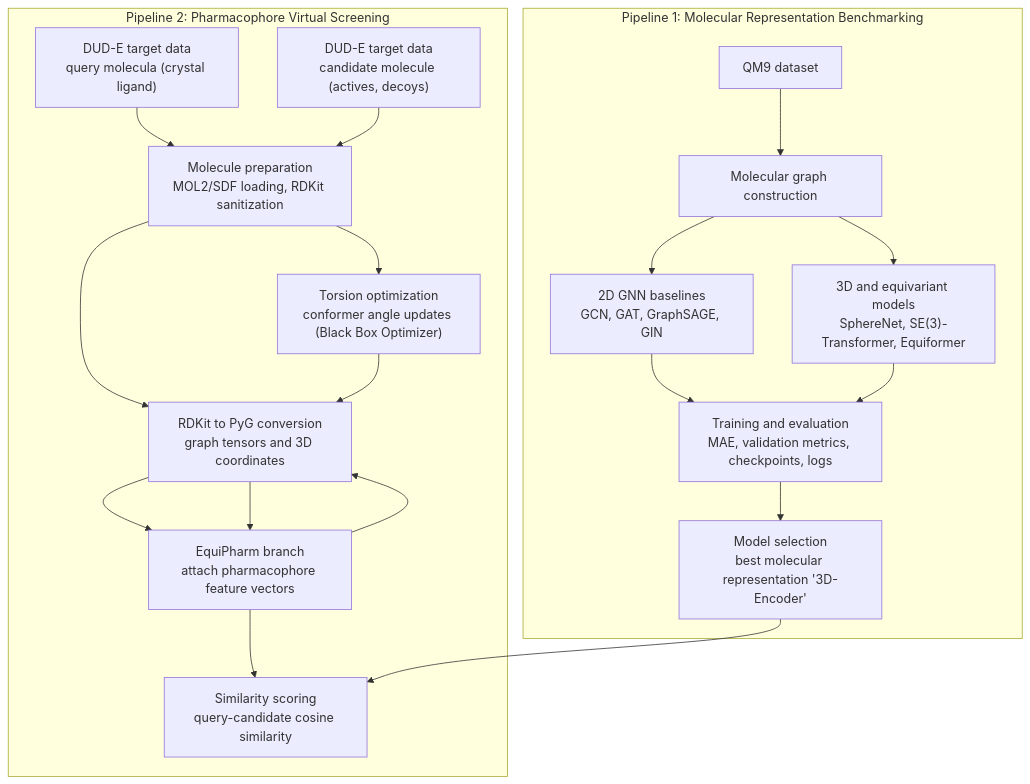
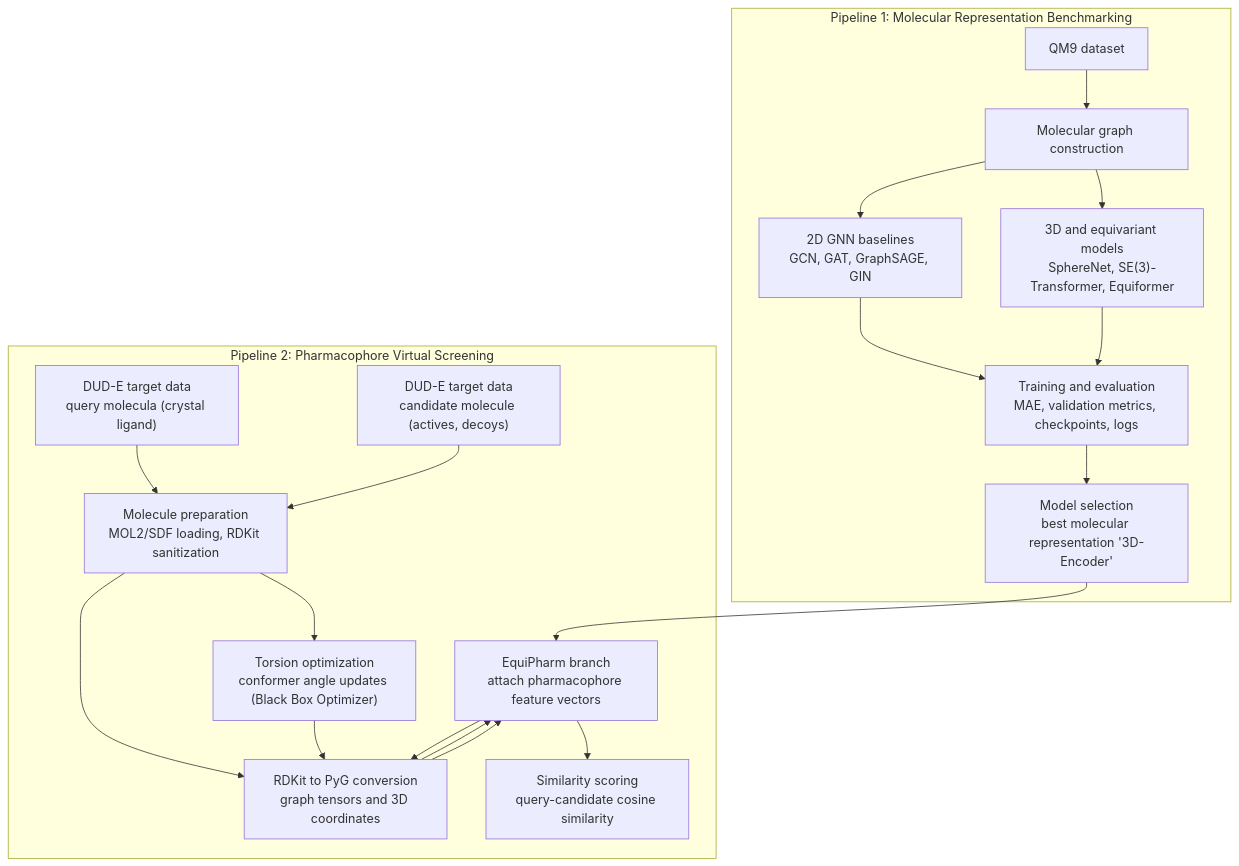
The diagram in README.md (ismail7CAa/EquiPharm), drawn with Mermaid before and after one commit.

Commit message:
README.md

````diff
--- a/README.md
+++ b/README.md
@@ -5,41 +5,41 @@
 ```mermaid
 flowchart TB
   subgraph B["Pipeline 1: Molecular Representation Benchmarking"]
     B1["QM9 dataset"]
     B2["Molecular graph construction"]
     B3["2D GNN baselines<br/>GCN, GAT, GraphSAGE, GIN"]
     B4["3D and equivariant models<br/>SphereNet, SE(3)-Transformer, Equiformer"]
     B5["Training and evaluation<br/>MAE, validation metrics, checkpoints, logs"]
     B6["Model selection<br/>best molecular representation '3D-Encoder'"]
 
     B1 --> B2
     B2 --> B3
     B2 --> B4
     B3 --> B5
     B4 --> B5
     B5 --> B6
   end
 
   subgraph P["Pipeline 2: Pharmacophore Virtual Screening"]
     P1["DUD-E target data<br/>query molecula (crystal ligand)"]
     P2["DUD-E target data<br/>candidate molecule (actives, decoys)"]
     P3["Molecule preparation<br/>MOL2/SDF loading, RDKit sanitization"]
     P4["Torsion optimization<br/>conformer angle updates (Black Box Optimizer)"]
     P5["RDKit to PyG conversion<br/>graph tensors and 3D coordinates"]
     P6["EquiPharm branch<br/>attach pharmacophore feature vectors"]
     P7["Similarity scoring<br/>query-candidate cosine similarity"]
 
     P1 --> P3
     P2 --> P3
     P3 --> P4
     P3 --> P5
     P4 --> P5
     P5 --> P6
     P5 --> P6
     P6 --> P7
     P6 --> P5
     
   end
 
-  B6 --> P7
+  B6 --> P6
 ```
````
